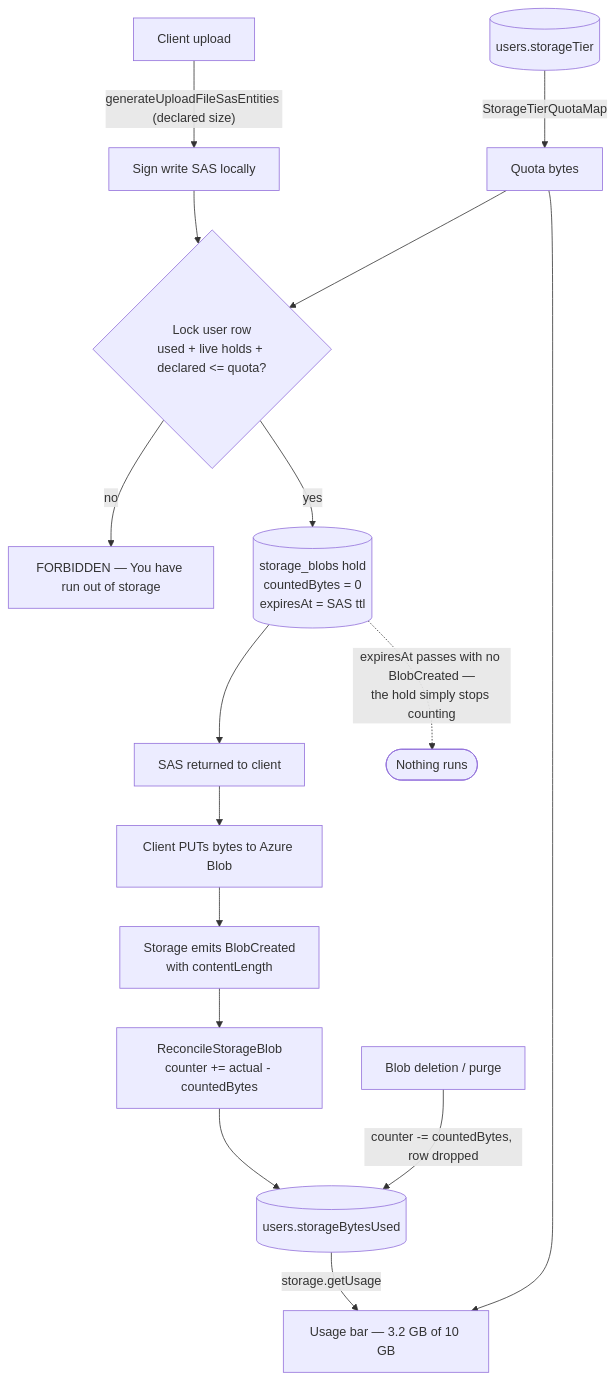
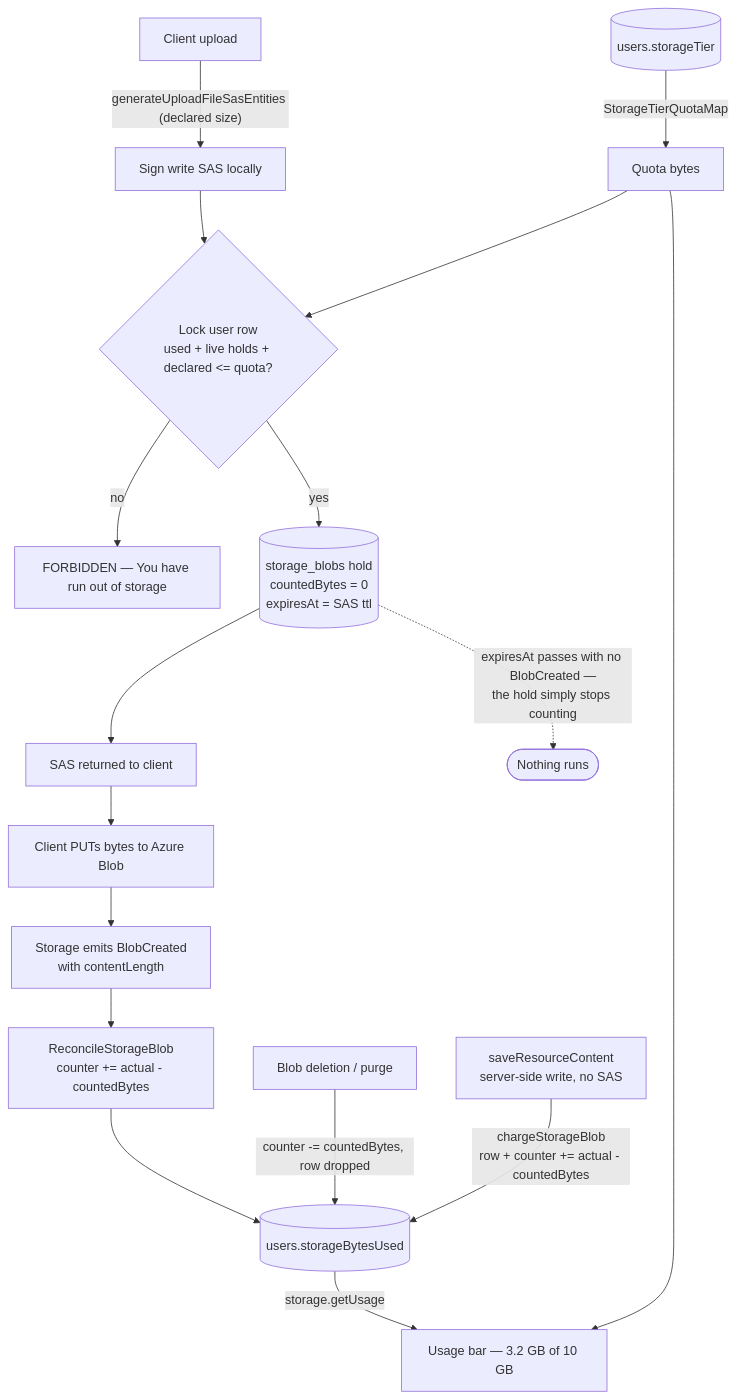
The diagram in packages/app/content/docs/platform/storage-quotas.md (Esposter/Esposter), drawn with Mermaid before and after one commit. The commit also changed other lines of this file and 5 other files, not shown here.

First line of the commit message:
feat(storage): charge a resource's own content blob to its owner

````diff
--- a/packages/app/content/docs/platform/storage-quotas.md
+++ b/packages/app/content/docs/platform/storage-quotas.md
@@ -23,18 +23,19 @@
 ```mermaid
 flowchart TD
   client[Client upload] -->|"generateUploadFileSasEntities (declared size)"| sign[Sign write SAS locally]
   sign --> reserve{"Lock user row<br/>used + live holds + declared &lt;= quota?"}
   reserve -->|no| reject["FORBIDDEN — You have run out of storage"]
   reserve -->|yes| ledger[("storage_blobs hold<br/>countedBytes = 0<br/>expiresAt = SAS ttl")]
   ledger --> respond[SAS returned to client]
   respond --> put[Client PUTs bytes to Azure Blob]
   put --> created["Storage emits BlobCreated<br/>with contentLength"]
   created --> reconcile["ReconcileStorageBlob<br/>counter += actual - countedBytes"]
   reconcile --> counter[("users.storageBytesUsed")]
   del["Blob deletion / purge"] -->|"counter -= countedBytes, row dropped"| counter
+  save["saveResourceContent<br/>server-side write, no SAS"] -->|"chargeStorageBlob<br/>row + counter += actual - countedBytes"| counter
   ledger -.->|"expiresAt passes with no BlobCreated —<br/>the hold simply stops counting"| gone(["Nothing runs"])
   counter -->|storage.getUsage| ui["Usage bar — 3.2 GB of 10 GB"]
   tier[("users.storageTier")] -->|StorageTierQuotaMap| quota[Quota bytes]
   quota --> reserve
   quota --> ui
 ```
````
